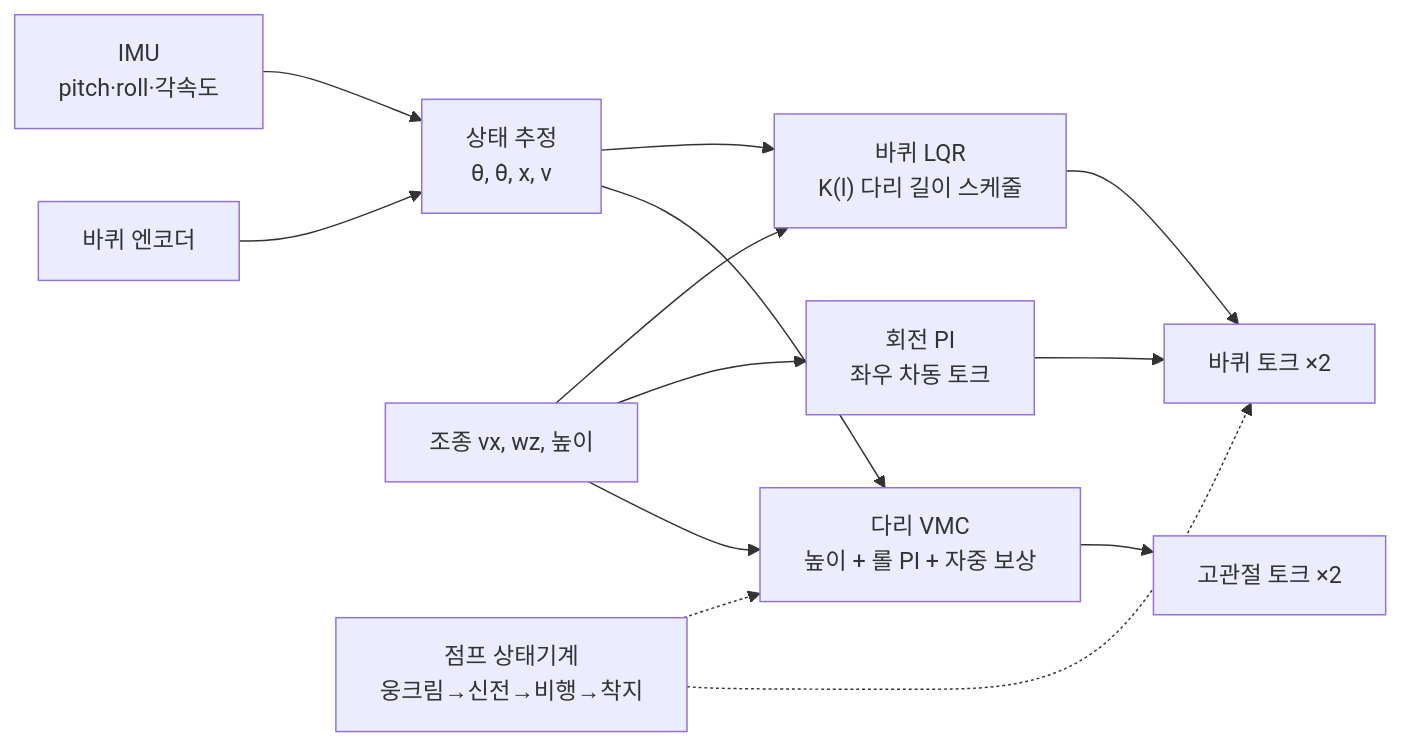
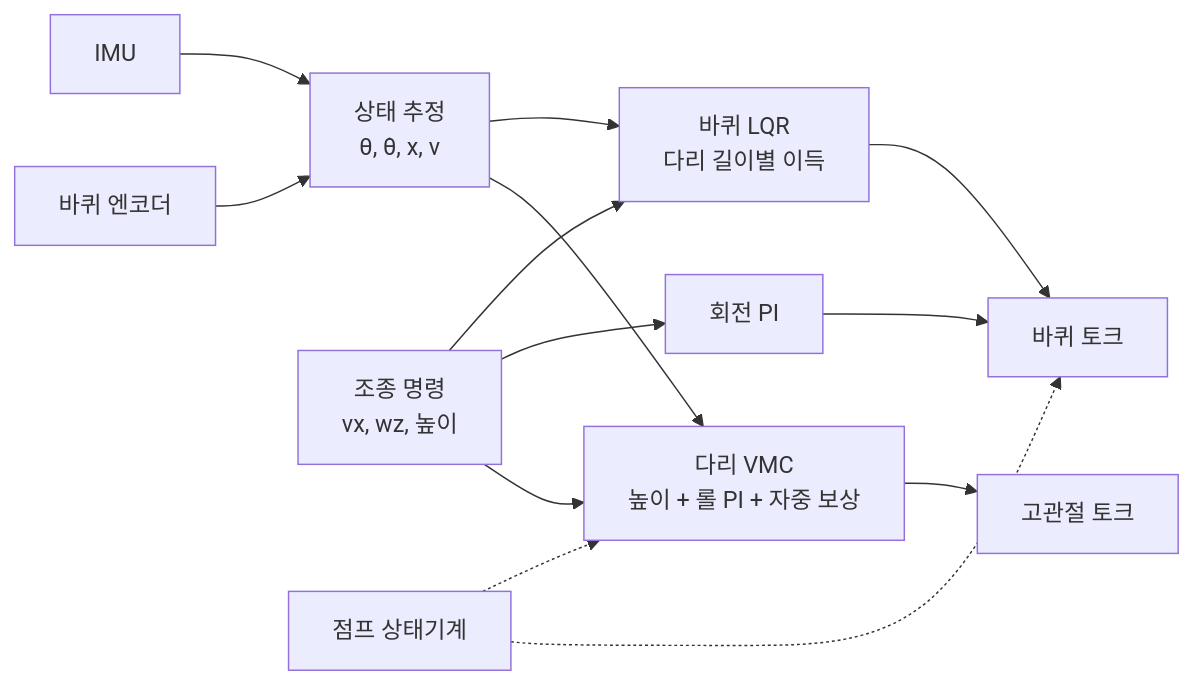
One commit to AkimaraYouki/perseverance changed the diagram in README.md. Above: the diagram before and after it, drawn with Mermaid. The commit also changed other lines of this file, not shown here.

````diff
--- a/README.md
+++ b/README.md
@@ -82,15 +56,15 @@
 ```mermaid
 flowchart LR
-  IMU["IMU<br/>pitch·roll·각속도"] --> EST["상태 추정<br/>θ, θ̇, x, v"]
+  IMU["IMU"] --> EST["상태 추정<br/>θ, θ̇, x, v"]
   ENC["바퀴 엔코더"] --> EST
-  EST --> LQR["바퀴 LQR<br/>K(l) 다리 길이 스케줄"]
-  CMD["조종 vx, wz, 높이"] --> LQR
-  CMD --> YAW["회전 PI<br/>좌우 차동 토크"]
-  LQR --> WHL["바퀴 토크 ×2"]
+  EST --> LQR["바퀴 LQR<br/>다리 길이별 이득"]
+  CMD["조종 명령<br/>vx, wz, 높이"] --> LQR
+  CMD --> YAW["회전 PI"]
+  LQR --> WHL["바퀴 토크"]
   YAW --> WHL
   CMD --> VMC["다리 VMC<br/>높이 + 롤 PI + 자중 보상"]
   EST --> VMC
-  VMC --> HIP["고관절 토크 ×2"]
-  JMP["점프 상태기계<br/>웅크림→신전→비행→착지"] -.-> VMC
+  VMC --> HIP["고관절 토크"]
+  JMP["점프 상태기계"] -.-> VMC
   JMP -.-> WHL
 ```
````
